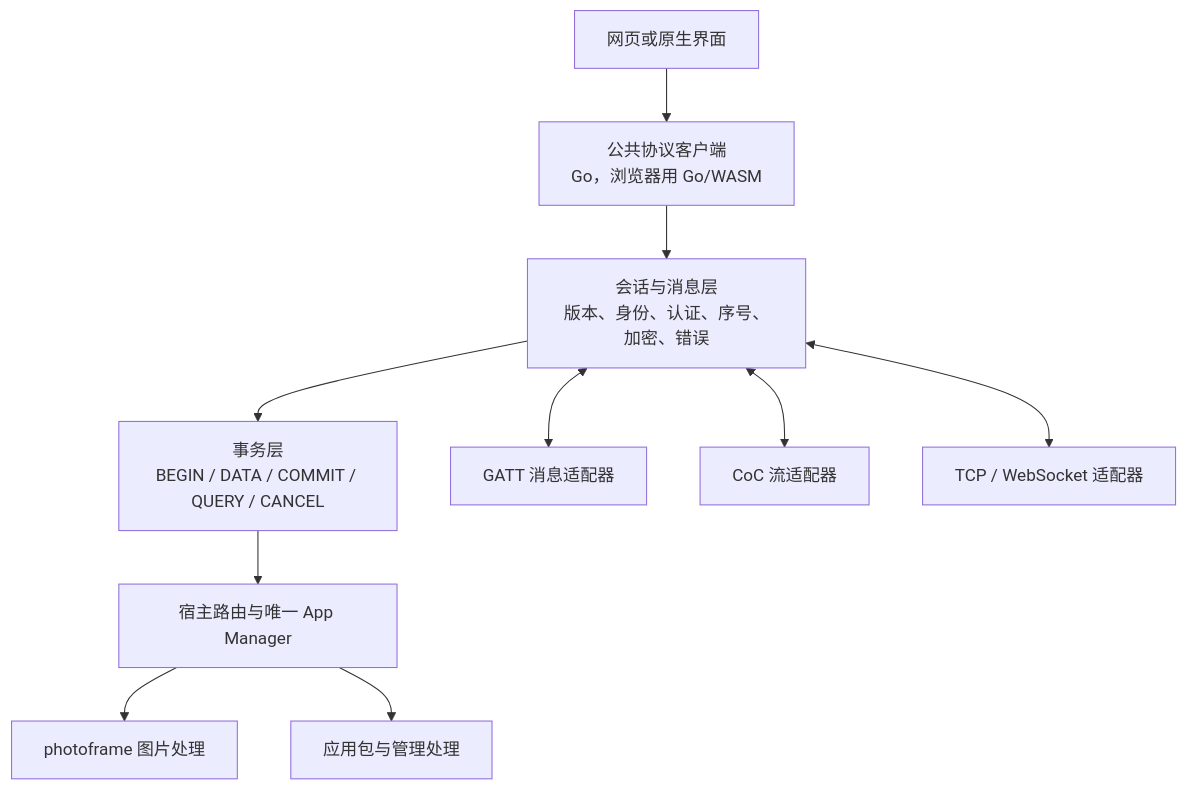
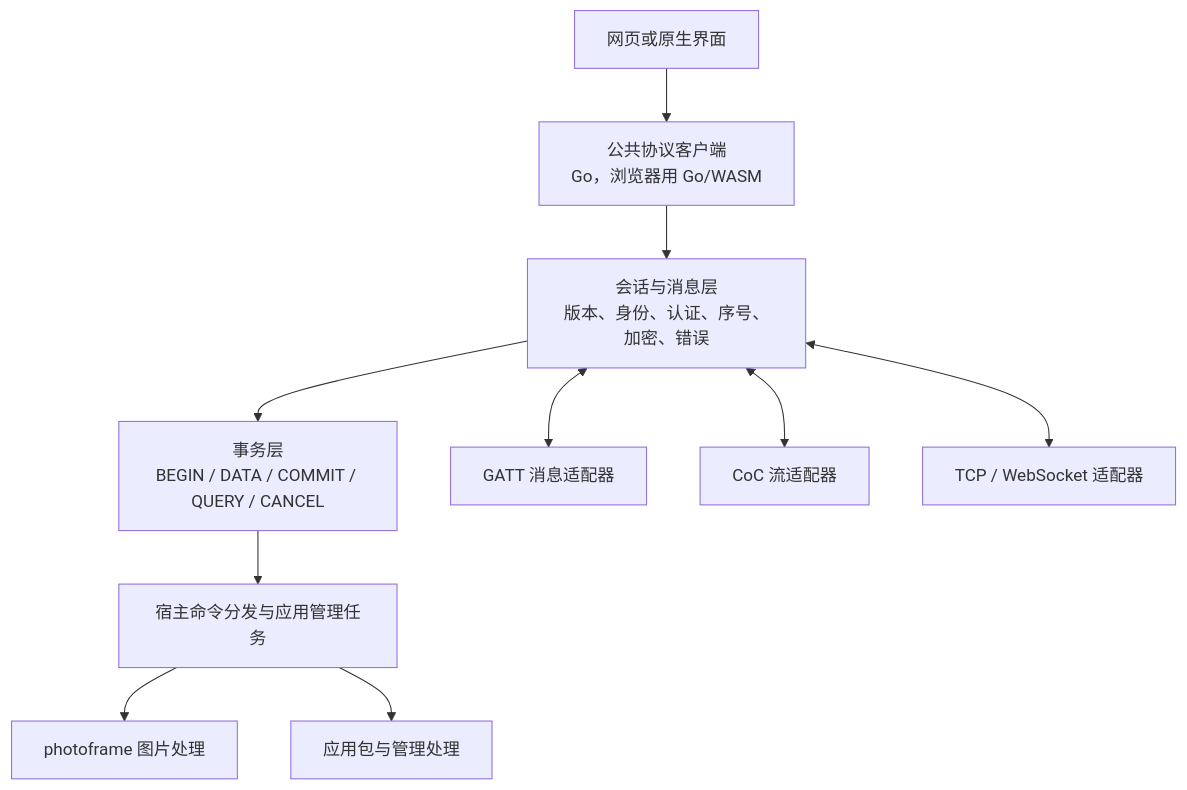
One commit to M1nt-Ch0c0/esp32s3 changed the diagram in docs/proposals/unified-message-protocol.md. Above: the diagram before and after it, drawn with Mermaid. The commit also changed other lines of this file and 10 other files, not shown here.

````diff
--- a/docs/proposals/unified-message-protocol.md
+++ b/docs/proposals/unified-message-protocol.md
@@ -54,12 +54,12 @@
 ```mermaid
 flowchart TB
     UI[网页或原生界面] --> Client[公共协议客户端<br/>Go，浏览器用 Go/WASM]
     Client --> Session[会话与消息层<br/>版本、身份、认证、序号、加密、错误]
     Session --> Transfer[事务层<br/>BEGIN / DATA / COMMIT / QUERY / CANCEL]
-    Transfer --> Router[宿主路由与唯一 App Manager]
+    Transfer --> Router[宿主命令分发与应用管理任务]
     Router --> Image[photoframe 图片处理]
     Router --> Package[应用包与管理处理]
     Session <--> GATT[GATT 消息适配器]
     Session <--> CoC[CoC 流适配器]
     Session <--> WiFi[TCP / WebSocket 适配器]
 ```
````
